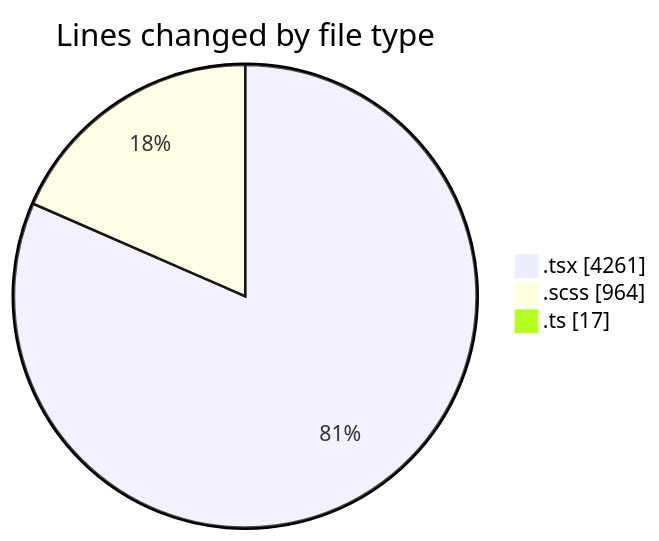
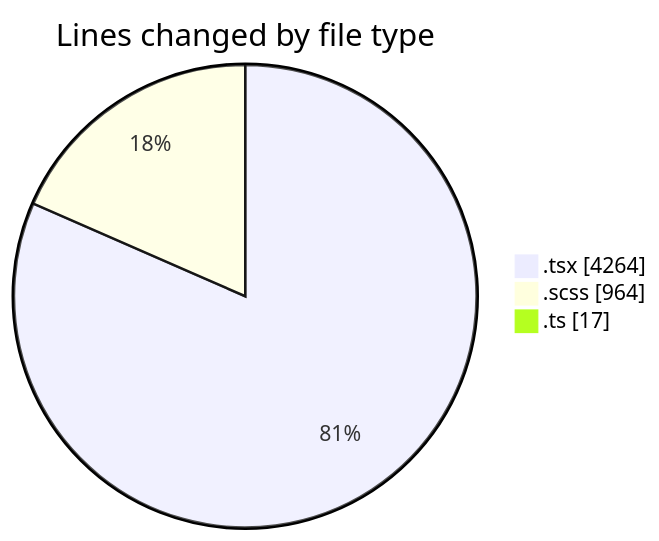
One commit to momahboobian/code-tracking changed the first of 2 diagrams in 2025-09-19/cda/README.md. Above: the diagram before and after it, drawn with Mermaid. The commit also changed other lines of this file and 1 other file, not shown here.

````diff
--- a/2025-09-19/cda/README.md
+++ b/2025-09-19/cda/README.md
@@ -26,7 +26,7 @@
 ```mermaid
 pie showData
 title Lines changed by file type
-".tsx" : 4261
+".tsx" : 4264
 ".scss" : 964
 ".ts" : 17
 ```
````
